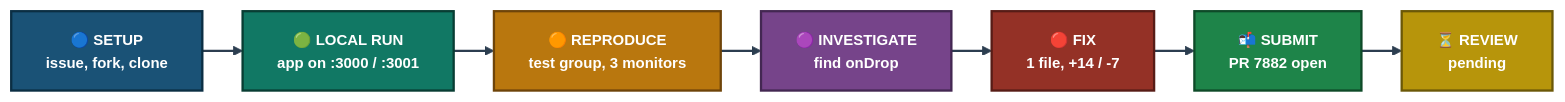
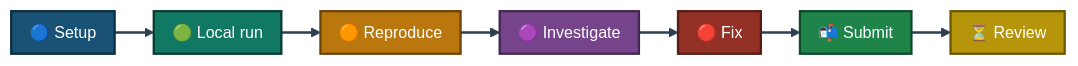
Before and after one commit to malaika-azhar/Real-World-Tier2-Support-Projects: the first of 4 diagrams in project-4-uptime-kuma-open-source-contribution/README.md, drawn with Mermaid. The commit also changed other lines of this file, not shown here.

````diff
--- a/project-4-uptime-kuma-open-source-contribution/README.md
+++ b/project-4-uptime-kuma-open-source-contribution/README.md
@@ -143,19 +143,13 @@
 ```mermaid
-%%{init: {'flowchart': {'nodeSpacing': 25, 'rankSpacing': 35, 'htmlLabels': true}, 'themeVariables': {'fontSize': '13px'}}}%%
+%%{init: {'theme': 'base', 'themeVariables': {'fontSize': '14px'}, 'flowchart': {'nodeSpacing': 24, 'rankSpacing': 34, 'padding': 8}}}%%
 flowchart LR
-    S1["🔵 SETUP<br/>issue, fork, clone"]:::setup --> S2["🟢 LOCAL RUN<br/>app on :3000 / :3001"]:::run
-    S2 --> S3["🟠 REPRODUCE<br/>test group, 3 monitors"]:::repro
-    S3 --> S4["🟣 INVESTIGATE<br/>find onDrop"]:::inv
-    S4 --> S5["🔴 FIX<br/>1 file, +14 / -7"]:::fix
-    S5 --> S6["📬 SUBMIT<br/>PR 7882 open"]:::sub
-    S6 --> S7["⏳ REVIEW<br/>pending"]:::wait
-
-    classDef setup fill:#1A5276,stroke:#0B2E43,stroke-width:2px,color:#FFFFFF,font-weight:bold
-    classDef run fill:#117864,stroke:#083D33,stroke-width:2px,color:#FFFFFF,font-weight:bold
-    classDef repro fill:#B9770E,stroke:#6E4409,stroke-width:2px,color:#FFFFFF,font-weight:bold
-    classDef inv fill:#76448A,stroke:#432752,stroke-width:2px,color:#FFFFFF,font-weight:bold
-    classDef fix fill:#943126,stroke:#571C16,stroke-width:2px,color:#FFFFFF,font-weight:bold
-    classDef sub fill:#1E8449,stroke:#0E4A28,stroke-width:2px,color:#FFFFFF,font-weight:bold
-    classDef wait fill:#B7950B,stroke:#6B5807,stroke-width:2px,color:#FFFFFF,font-weight:bold
+    S1["🔵 Setup"]:::setup --> S2["🟢 Local run"]:::run --> S3["🟠 Reproduce"]:::repro --> S4["🟣 Investigate"]:::inv --> S5["🔴 Fix"]:::fix --> S6["📬 Submit"]:::sub --> S7["⏳ Review"]:::wait
+    classDef setup fill:#1A5276,stroke:#0B2E43,stroke-width:2px,color:#FFFFFF
+    classDef run fill:#117864,stroke:#083D33,stroke-width:2px,color:#FFFFFF
+    classDef repro fill:#B9770E,stroke:#6E4409,stroke-width:2px,color:#FFFFFF
+    classDef inv fill:#76448A,stroke:#432752,stroke-width:2px,color:#FFFFFF
+    classDef fix fill:#943126,stroke:#571C16,stroke-width:2px,color:#FFFFFF
+    classDef sub fill:#1E8449,stroke:#0E4A28,stroke-width:2px,color:#FFFFFF
+    classDef wait fill:#B7950B,stroke:#6B5807,stroke-width:2px,color:#FFFFFF
     linkStyle default stroke:#2C3E50,stroke-width:2px
 ```
````
